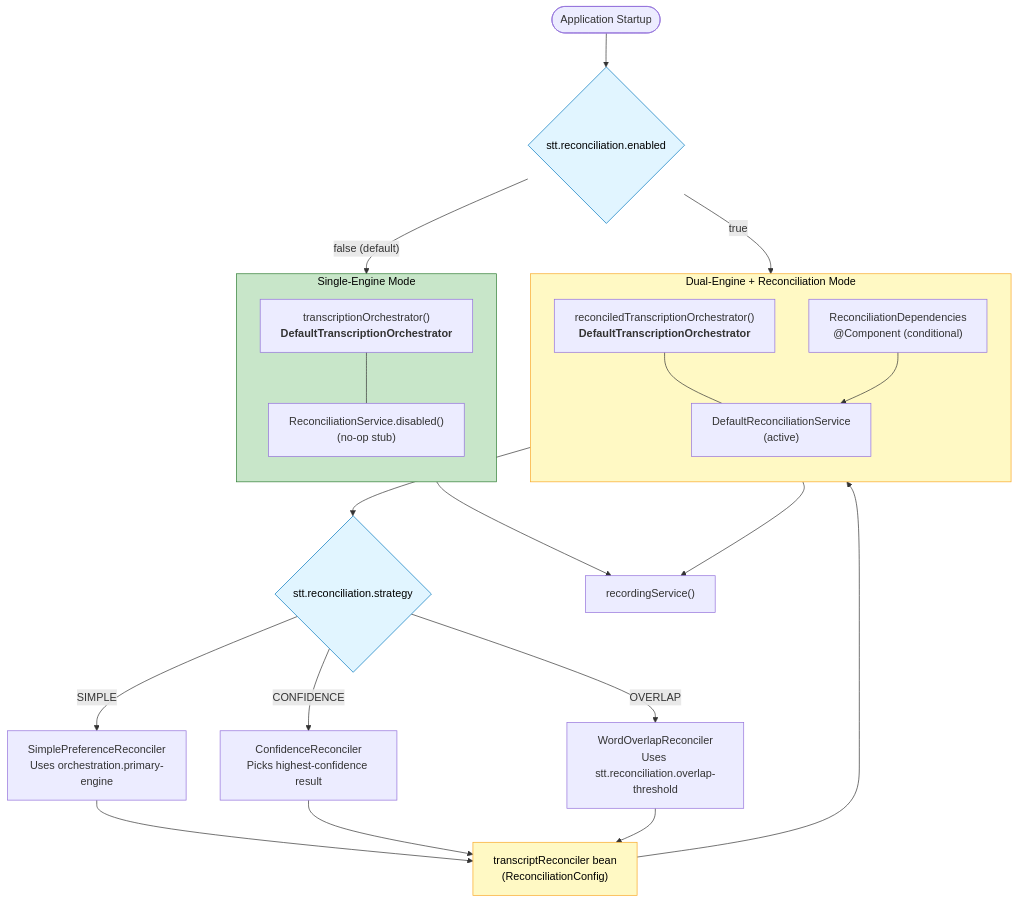
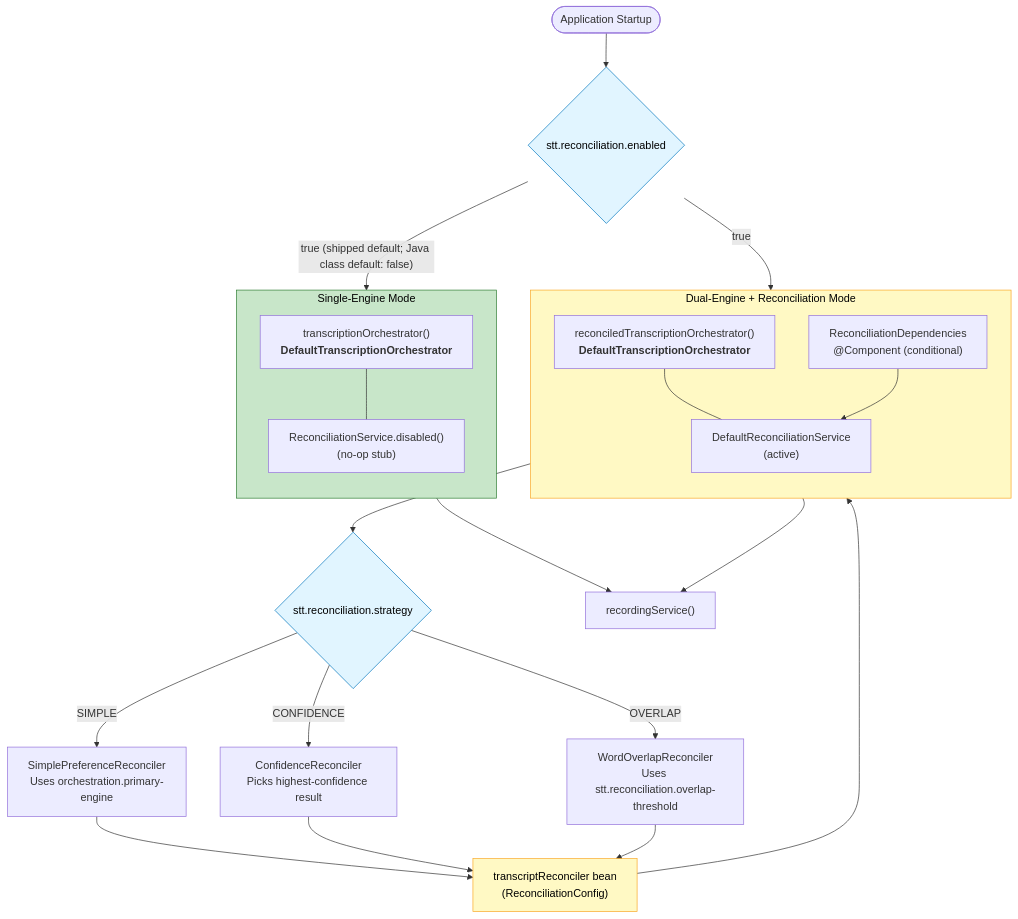
The second of 3 diagrams in docs/diagrams/bean-configuration-graph.md (phillippitts/speakToMack), drawn with Mermaid before and after one commit. The commit also changed other lines of this file and 499 other files, not shown here.

````diff
--- a/docs/diagrams/bean-configuration-graph.md
+++ b/docs/diagrams/bean-configuration-graph.md
@@ -117,50 +118,50 @@
 ```mermaid
 flowchart TD
     Start([Application Startup])
     Start --> PropCheck{"stt.reconciliation.enabled"}
 
-    PropCheck -->|"false (default)"| SingleEngine
+    PropCheck -->|"true (shipped default; Java class default: false)"| SingleEngine
     PropCheck -->|"true"| DualEngine
 
     %% ── Single-engine path ────────────────────────────────────────────
     subgraph SingleEngine["Single-Engine Mode"]
         direction TB
         TO1["transcriptionOrchestrator()<br/><b>DefaultTranscriptionOrchestrator</b>"]
         Disabled["ReconciliationService.disabled()<br/>(no-op stub)"]
         TO1 --- Disabled
     end
 
     %% ── Dual-engine path ──────────────────────────────────────────────
     subgraph DualEngine["Dual-Engine + Reconciliation Mode"]
         direction TB
         TO2["reconciledTranscriptionOrchestrator()<br/><b>DefaultTranscriptionOrchestrator</b>"]
         RecDeps["ReconciliationDependencies<br/>@Component (conditional)"]
         RecService["DefaultReconciliationService<br/>(active)"]
         TO2 --- RecService
         RecDeps --> RecService
     end
 
     %% ── Reconciliation strategy selection ─────────────────────────────
     DualEngine --> StrategyCheck{"stt.reconciliation.strategy"}
 
     StrategyCheck -->|"SIMPLE"| Simple["SimplePreferenceReconciler<br/>Uses orchestration.primary-engine"]
     StrategyCheck -->|"CONFIDENCE"| Confidence["ConfidenceReconciler<br/>Picks highest-confidence result"]
     StrategyCheck -->|"OVERLAP"| Overlap["WordOverlapReconciler<br/>Uses stt.reconciliation.overlap-threshold"]
 
     Simple --> TranscriptReconciler["transcriptReconciler bean<br/>(ReconciliationConfig)"]
     Confidence --> TranscriptReconciler
     Overlap --> TranscriptReconciler
 
     TranscriptReconciler --> RecDeps
 
     %% ── Downstream consumer ───────────────────────────────────────────
     SingleEngine --> RS["recordingService()"]
     DualEngine --> RS
 
     %% ── Styles ────────────────────────────────────────────────────────
     style SingleEngine fill:#c8e6c9,stroke:#2e7d32,color:#000
     style DualEngine fill:#fff9c4,stroke:#f9a825,color:#000
     style PropCheck fill:#e1f5ff,stroke:#0277bd,color:#000
     style StrategyCheck fill:#e1f5ff,stroke:#0277bd,color:#000
     style TranscriptReconciler fill:#fff9c4,stroke:#f9a825,color:#000
 ```
````
